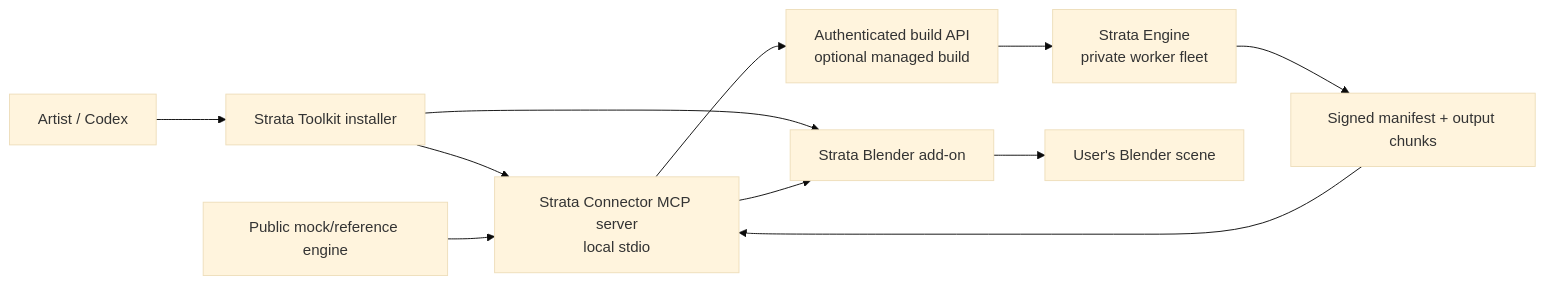
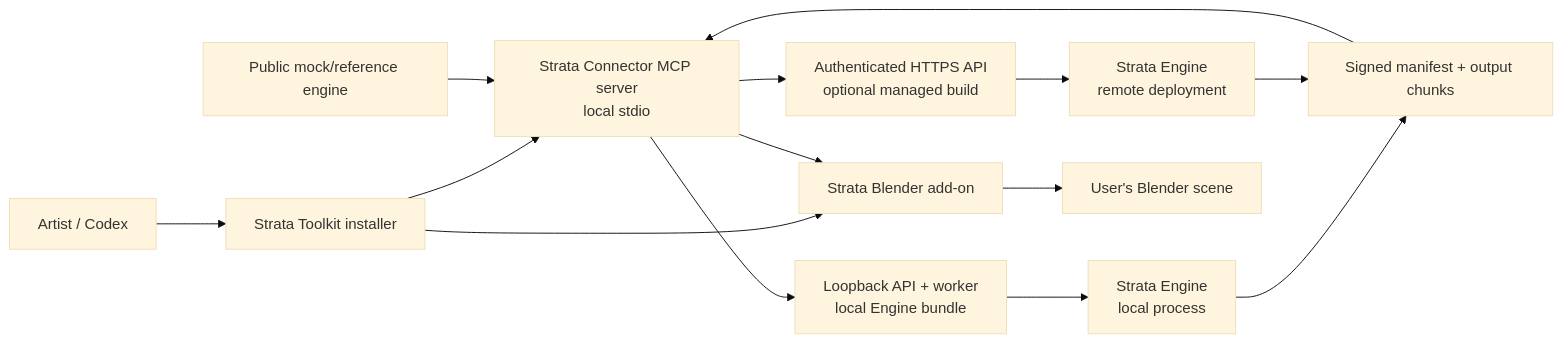
The diagram in README.md (KaartikeyKusshwaha/Strata-Connector), drawn with Mermaid (base theme) before and after one commit. The commit also changed other lines of this file and 11 other files, not shown here.

````diff
--- a/README.md
+++ b/README.md
@@ -15,11 +15,14 @@
 ```mermaid
 flowchart LR
     U["Artist / Codex"] --> I["Strata Toolkit installer"]
     I --> A["Strata Blender add-on"]
     I --> M["Strata Connector MCP server\nlocal stdio"]
-    M --> B["Authenticated build API\noptional managed build"]
-    B --> E["Strata Engine\nprivate worker fleet"]
+    M --> L["Loopback API + worker\nlocal Engine bundle"]
+    M --> B["Authenticated HTTPS API\noptional managed build"]
+    L --> E["Strata Engine\nlocal process"]
+    B --> C["Strata Engine\nremote deployment"]
     E --> R["Signed manifest + output chunks"]
+    C --> R
     R --> M --> A --> S["User's Blender scene"]
     T["Public mock/reference engine"] --> M
 ```
````
